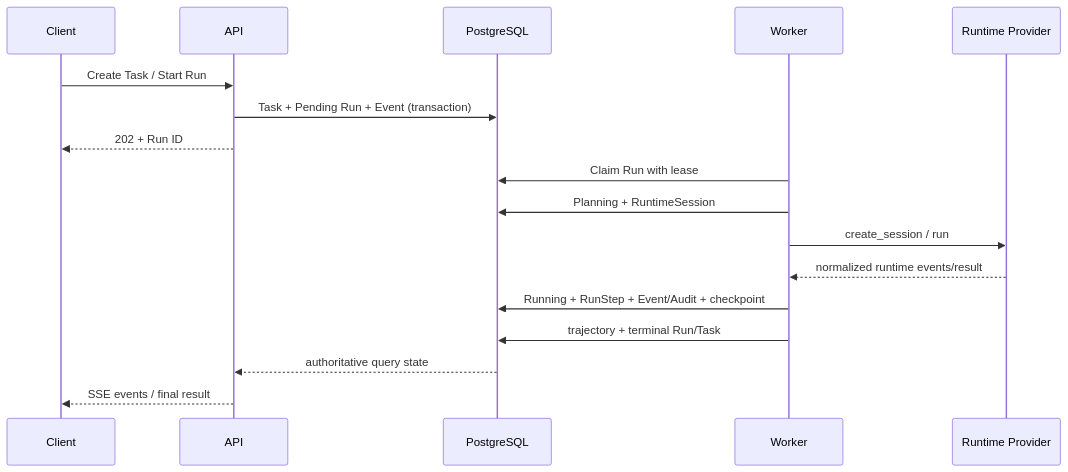
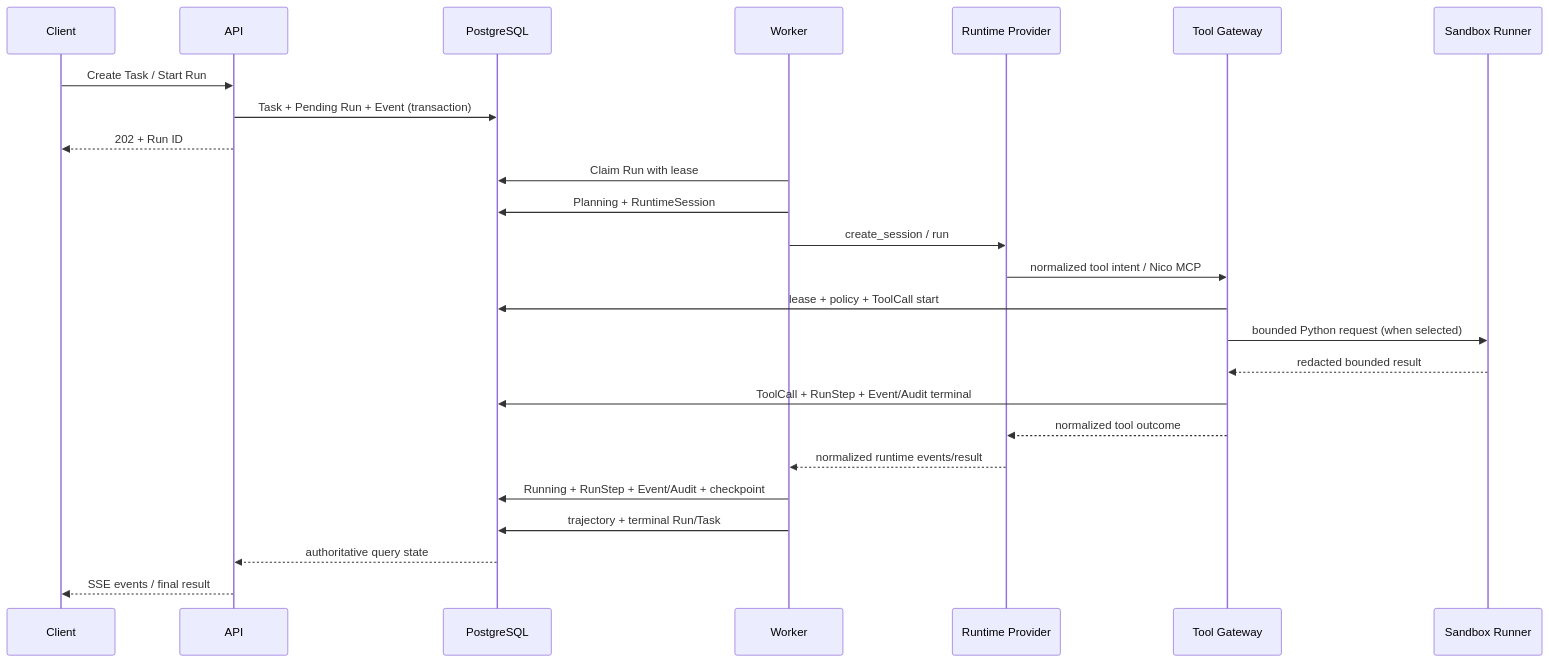
One commit to Phlosy/Nico-agent changed the second of 2 diagrams in docs/architecture.md. Above: the diagram before and after it, drawn with Mermaid. The commit also changed other lines of this file and 11 other files, not shown here.

Commit message:
test(goal-e): verify tool gateway and sandbox end to end

````diff
--- a/docs/architecture.md
+++ b/docs/architecture.md
@@ -78,20 +80,28 @@
 ```mermaid
 sequenceDiagram
     participant C as Client
     participant A as API
     participant D as PostgreSQL
     participant W as Worker
     participant R as Runtime Provider
+    participant G as Tool Gateway
+    participant S as Sandbox Runner
 
     C->>A: Create Task / Start Run
     A->>D: Task + Pending Run + Event (transaction)
     A-->>C: 202 + Run ID
     W->>D: Claim Run with lease
     W->>D: Planning + RuntimeSession
     W->>R: create_session / run
+    R->>G: normalized tool intent / Nico MCP
+    G->>D: lease + policy + ToolCall start
+    G->>S: bounded Python request (when selected)
+    S-->>G: redacted bounded result
+    G->>D: ToolCall + RunStep + Event/Audit terminal
+    G-->>R: normalized tool outcome
     R-->>W: normalized runtime events/result
     W->>D: Running + RunStep + Event/Audit + checkpoint
     W->>D: trajectory + terminal Run/Task
     D-->>A: authoritative query state
     A-->>C: SSE events / final result
 ```
````
